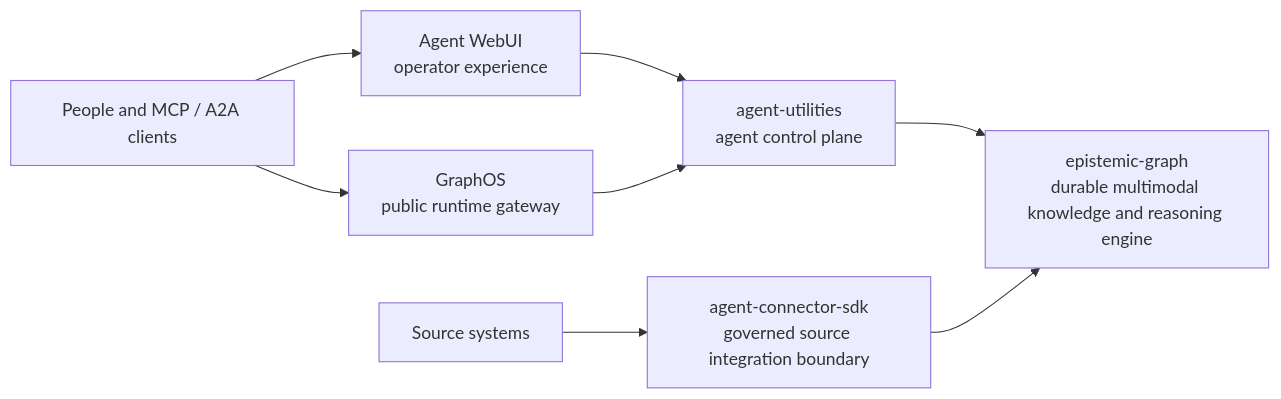
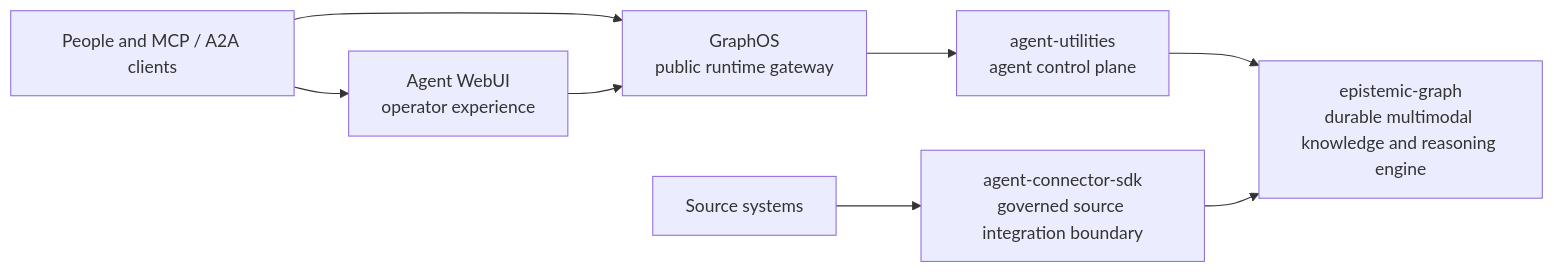
One commit to Knuckles-Team/pipelines changed the diagram in templates/mkdocs-theme/assets/runtime-architecture.mmd. Above: the diagram before and after it, drawn with Mermaid. The commit also changed 1 other file, not shown here.

Commit message:
fix(docs): route WebUI through GraphOS

```diff
--- a/templates/mkdocs-theme/assets/runtime-architecture.mmd
+++ b/templates/mkdocs-theme/assets/runtime-architecture.mmd
@@ -1,16 +1,16 @@
 flowchart LR
   People["People and MCP / A2A clients"]
   WebUI["Agent WebUI<br/>operator experience"]
   GraphOS["GraphOS<br/>public runtime gateway"]
   AU["agent-utilities<br/>agent control plane"]
   EG["epistemic-graph<br/>durable multimodal knowledge and reasoning engine"]
   Sources["Source systems"]
   SDK["agent-connector-sdk<br/>governed source integration boundary"]
 
   People --> WebUI
   People --> GraphOS
-  WebUI --> AU
+  WebUI --> GraphOS
   GraphOS --> AU
   AU --> EG
   Sources --> SDK
   SDK --> EG
```
